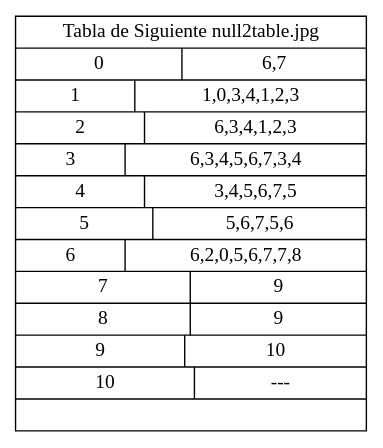
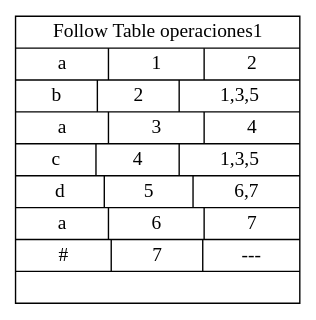
Before and after one commit to elJuanjoRamos/OLC1_Practica1: the diagram in table.dot, drawn with Graphviz. The commit also changed 42 other files, not shown here.

```diff
--- a/table.dot
+++ b/table.dot
@@ -1,5 +1,5 @@
 digraph grafica{
 rankdir=TB;
 node [shape = record, style=filled, fillcolor=white];
-nodo2 [ label ="{ Tabla de Siguiente null2table.jpg|{<here> 0|6,7}|{<here> 1|1,0,3,4,1,2,3}|{<here> 2|6,3,4,1,2,3}|{<here> 3|6,3,4,5,6,7,3,4}|{<here> 4|3,4,5,6,7,5}|{<here> 5|5,6,7,5,6}|{<here> 6|6,2,0,5,6,7,7,8}|{<here> 7|9}|{<here> 8|9}|{<here> 9|10}|{<here> 10|---}|}"];
+nodo0 [ label ="{ Follow Table operaciones1|{ a |<here> 1|2}|{ b |<here> 2|1,3,5}|{ a |<here> 3|4}|{ c |<here> 4|1,3,5}|{ d |<here> 5|6,7}|{ a |<here> 6|7}|{#|<here> 7|---}|}"];
 }
```
